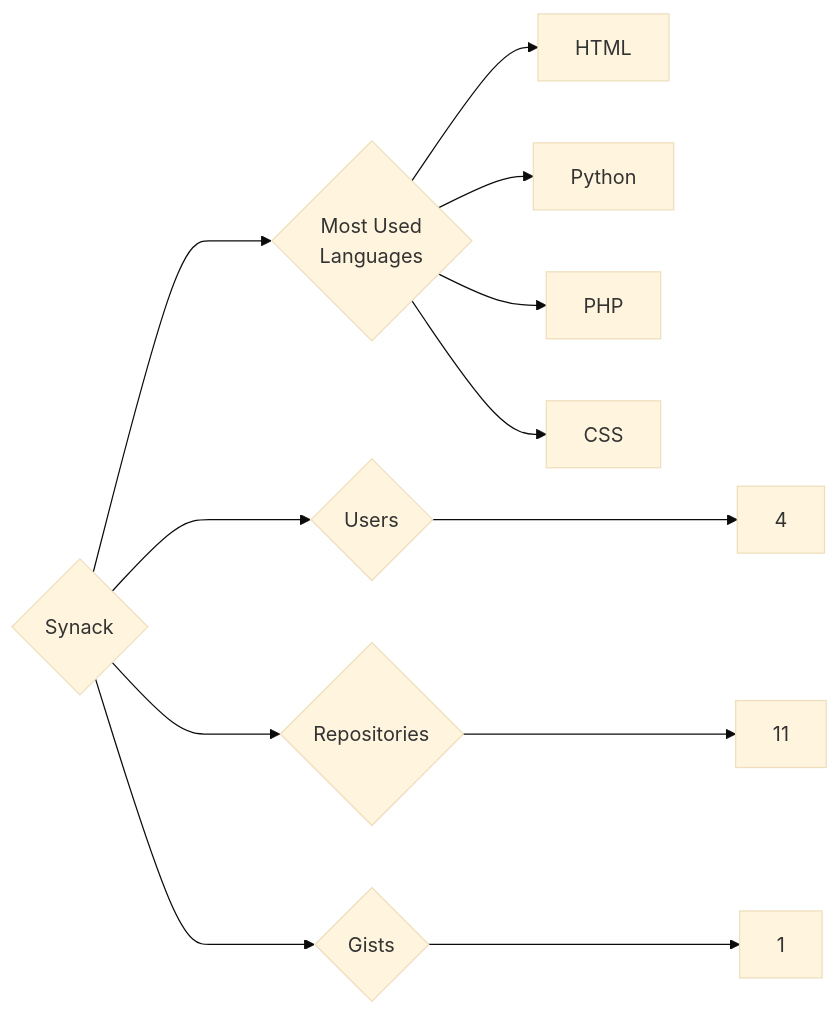
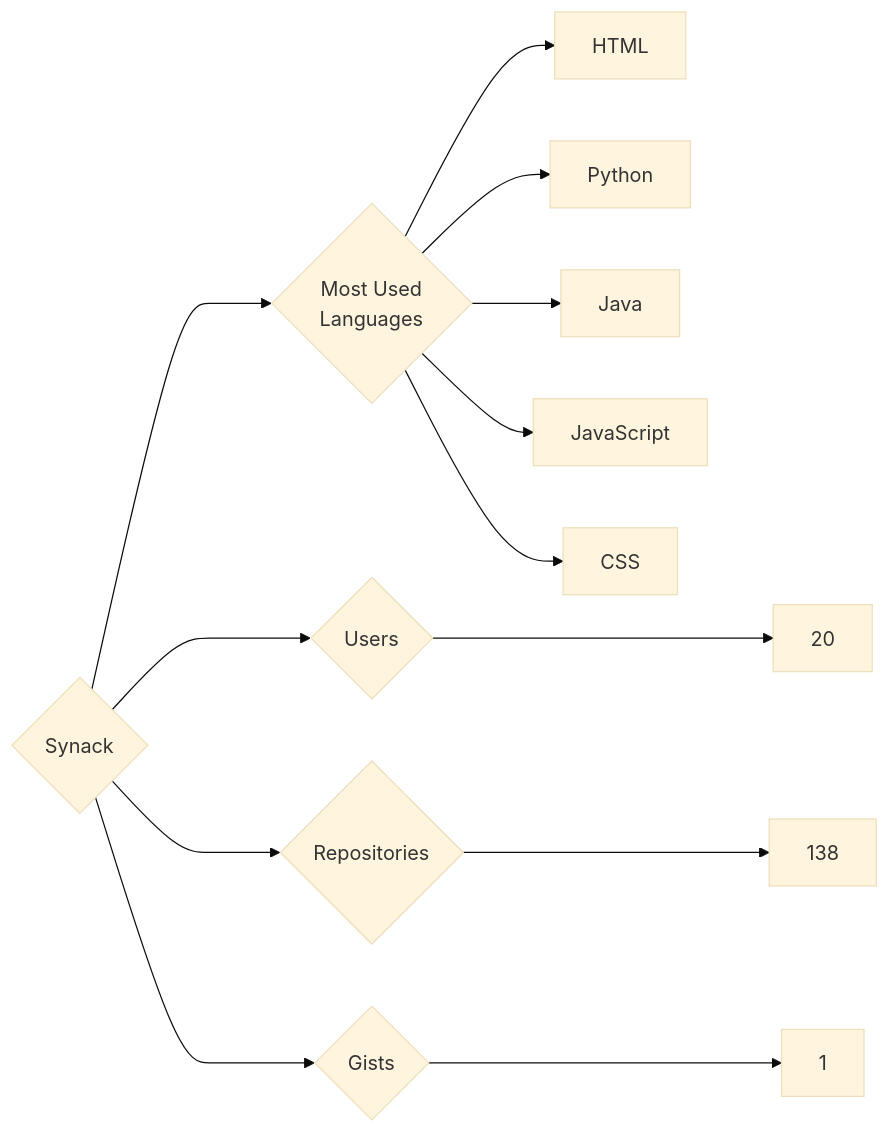
The diagram in targets/Synack/README.md (trickest/insiders), drawn with Mermaid (base theme) before and after one commit. The commit also changed 770 other files, not shown here.

````diff
--- a/targets/Synack/README.md
+++ b/targets/Synack/README.md
@@ -3,12 +3,13 @@
 ```mermaid
 graph LR
 COMPANY_NAME{Synack}
-COMPANY_NAME ---> U{Users} ---> UN[4]
-COMPANY_NAME ---> R{Repositories} ---> RN[11]
+COMPANY_NAME ---> U{Users} ---> UN[20]
+COMPANY_NAME ---> R{Repositories} ---> RN[138]
 COMPANY_NAME ---> G{Gists} ---> GN[1]
 COMPANY_NAME ---> ML{Most Used<br>Languages}
 ML --> HTML[HTML]
 ML --> Python[Python]
-ML --> PHP[PHP]
+ML --> Java[Java]
+ML --> JavaScript[JavaScript]
 ML --> CSS[CSS]
 ```
````
